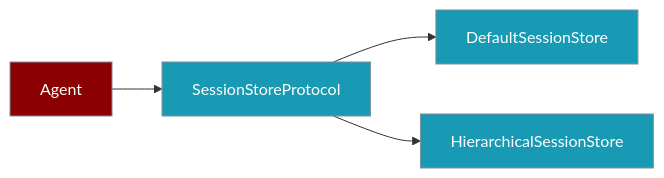
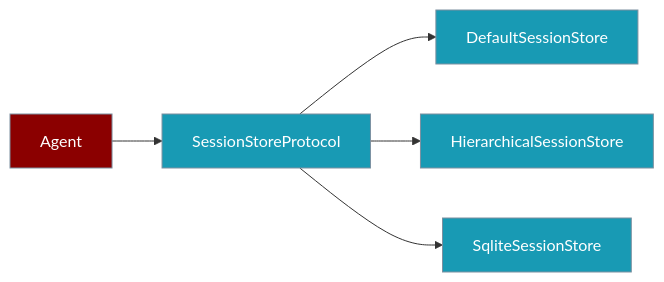
One commit to MervinPraison/PraisonAIDocs changed the first of 2 diagrams in docs/features/session-store.mdx. Above: the diagram before and after it, drawn with Mermaid. The commit also changed other lines of this file and 2 other files, not shown here.

Commit message:
docs: document SqliteSessionStore + anchored/demoted/deduped recall (fixes #1872)

````diff
--- a/docs/features/session-store.mdx
+++ b/docs/features/session-store.mdx
@@ -26,12 +26,13 @@
 ```mermaid
 graph LR
     A[Agent] --> P[SessionStoreProtocol]
     P --> D[DefaultSessionStore]
     P --> H[HierarchicalSessionStore]
+    P --> S[SqliteSessionStore]
 
     classDef agent fill:#8B0000,stroke:#7C90A0,color:#fff
     classDef store fill:#189AB4,stroke:#7C90A0,color:#fff
 
     class A agent
-    class P,D,H store
+    class P,D,H,S store
 ```
````
